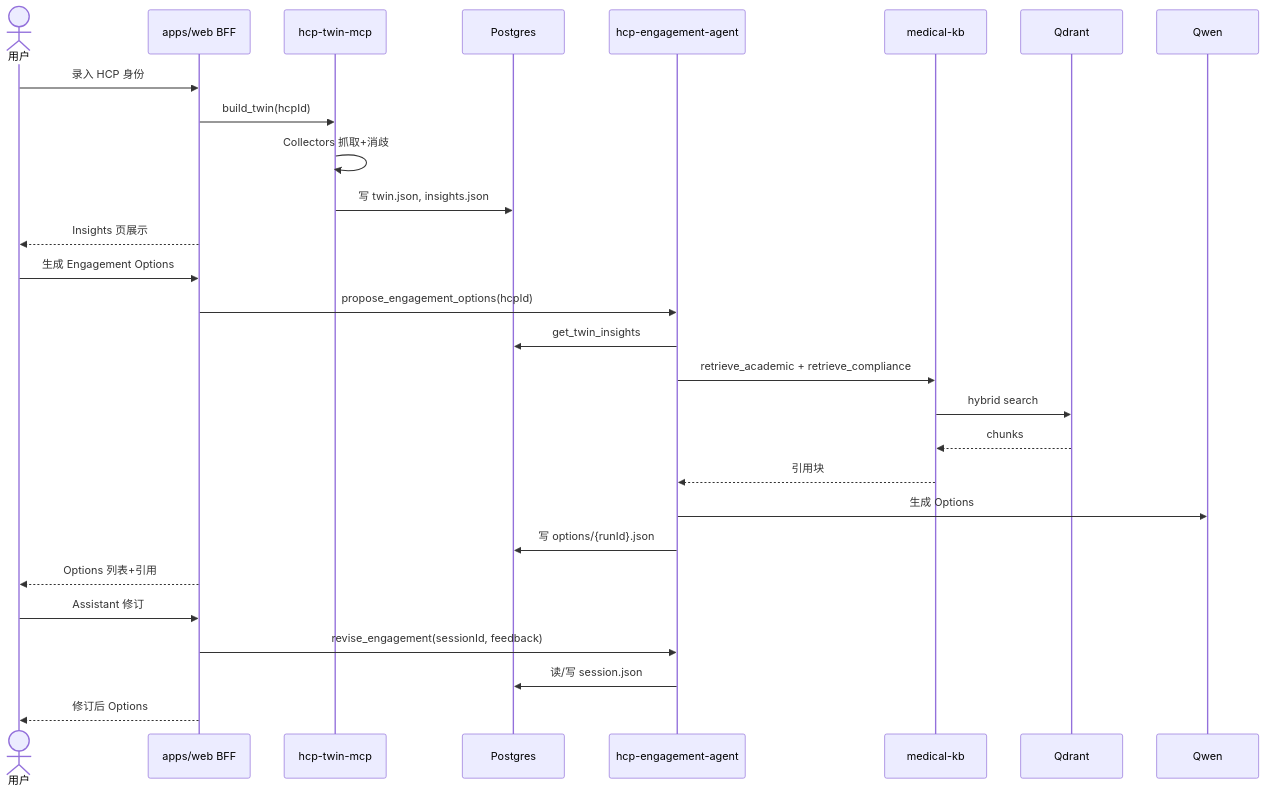
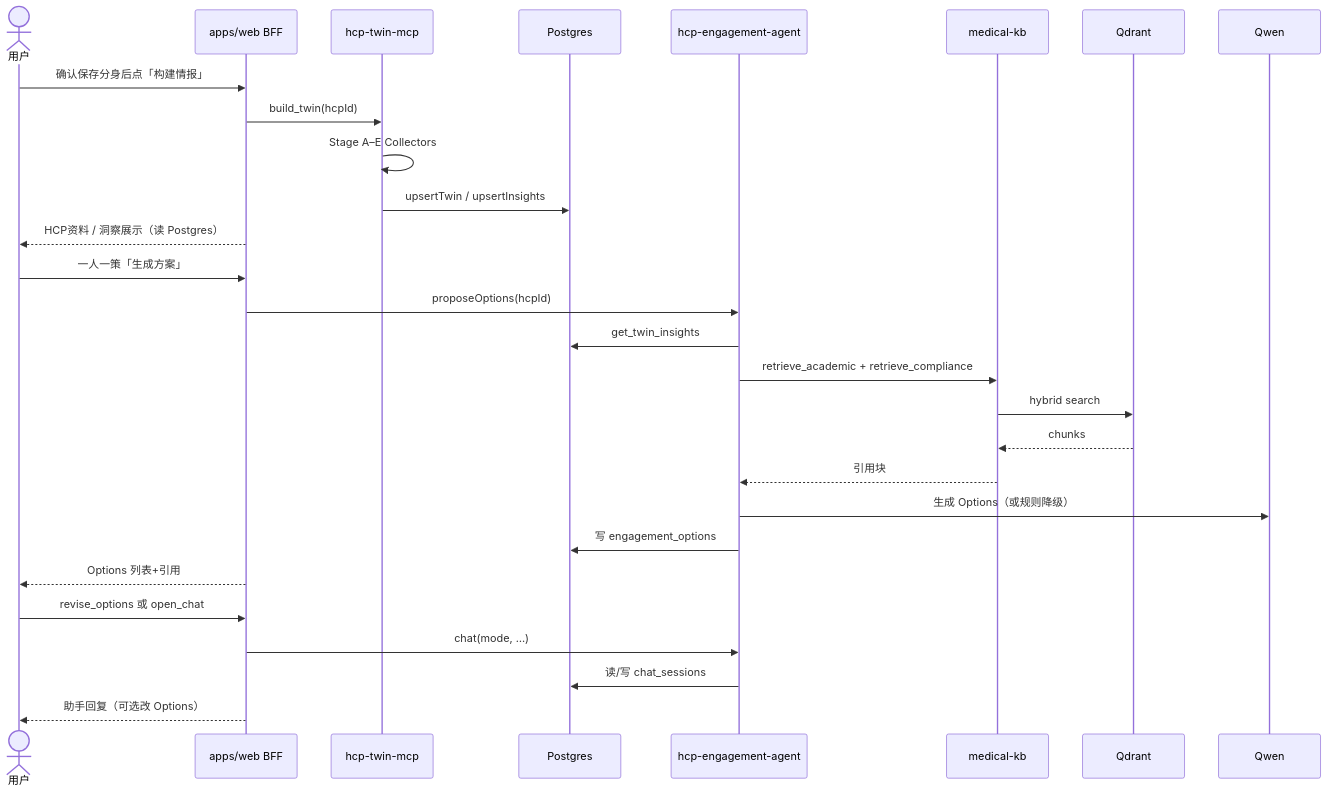
One commit to ethanhuangcst/hcp-engagement-agent changed the third of 3 diagrams in specs/3.architecture.md. Above: the diagram before and after it, drawn with Mermaid. The commit also changed other lines of this file and 44 other files, not shown here.

First line of the commit message:
Polish MVP-4 UX and align architecture docs with the running stack.

````diff
--- a/specs/3.architecture.md
+++ b/specs/3.architecture.md
@@ -369,33 +373,33 @@
 ```mermaid
 sequenceDiagram
     actor U as 用户
     participant W as apps/web BFF
     participant M as hcp-twin-mcp
     participant J as Postgres
     participant A as hcp-engagement-agent
     participant K as medical-kb
     participant Q as Qdrant
     participant L as Qwen
 
-    U->>W: 录入 HCP 身份
+    U->>W: 确认保存分身后点「构建情报」
     W->>M: build_twin(hcpId)
-    M->>M: Collectors 抓取+消歧
-    M->>J: 写 twin.json, insights.json
-    W-->>U: Insights 页展示
+    M->>M: Stage A–E Collectors
+    M->>J: upsertTwin / upsertInsights
+    W-->>U: HCP资料 / 洞察展示（读 Postgres）
 
-    U->>W: 生成 Engagement Options
-    W->>A: propose_engagement_options(hcpId)
+    U->>W: 一人一策「生成方案」
+    W->>A: proposeOptions(hcpId)
     A->>J: get_twin_insights
     A->>K: retrieve_academic + retrieve_compliance
     K->>Q: hybrid search
     Q-->>K: chunks
     K-->>A: 引用块
-    A->>L: 生成 Options
-    A->>J: 写 options/{runId}.json
+    A->>L: 生成 Options（或规则降级）
+    A->>J: 写 engagement_options
     W-->>U: Options 列表+引用
 
-    U->>W: Assistant 修订
-    W->>A: revise_engagement(sessionId, feedback)
-    A->>J: 读/写 session.json
-    W-->>U: 修订后 Options
+    U->>W: revise_options 或 open_chat
+    W->>A: chat(mode, …)
+    A->>J: 读/写 chat_sessions
+    W-->>U: 助手回复（可选改 Options）
 ```
````
